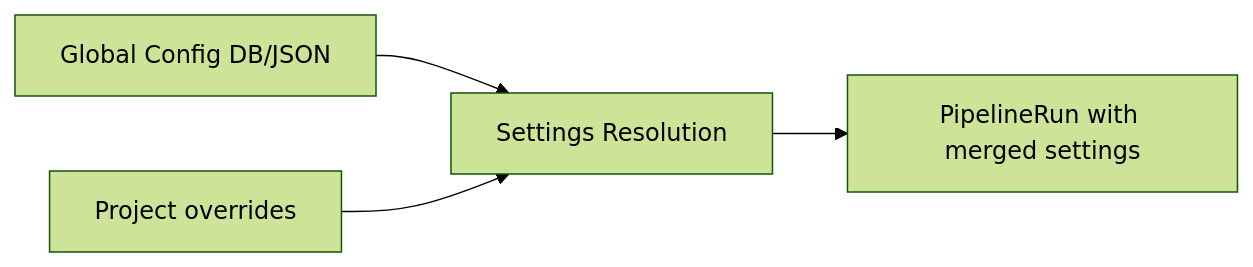
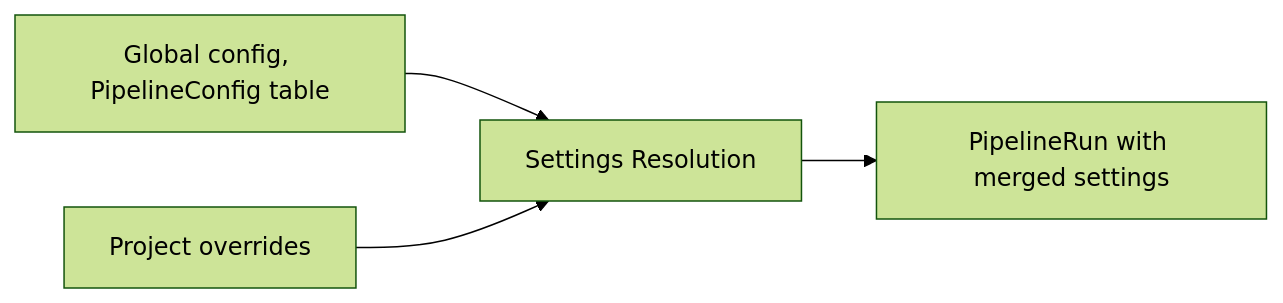
Before and after one commit to Chemsorly/coding-agent-automation: the second of 2 diagrams in docs/internals/projects-internals.md, drawn with Mermaid (forest theme). The commit also changed other lines of this file, not shown here.

````diff
--- a/docs/internals/projects-internals.md
+++ b/docs/internals/projects-internals.md
@@ -62,6 +55,6 @@
 ```mermaid
 flowchart LR
-    Global[Global Config DB/JSON] --> Resolve[Settings Resolution]
+    Global[Global config, PipelineConfig table] --> Resolve[Settings Resolution]
     Project[Project overrides] --> Resolve
     Resolve --> Run[PipelineRun with merged settings]
 ```
````
